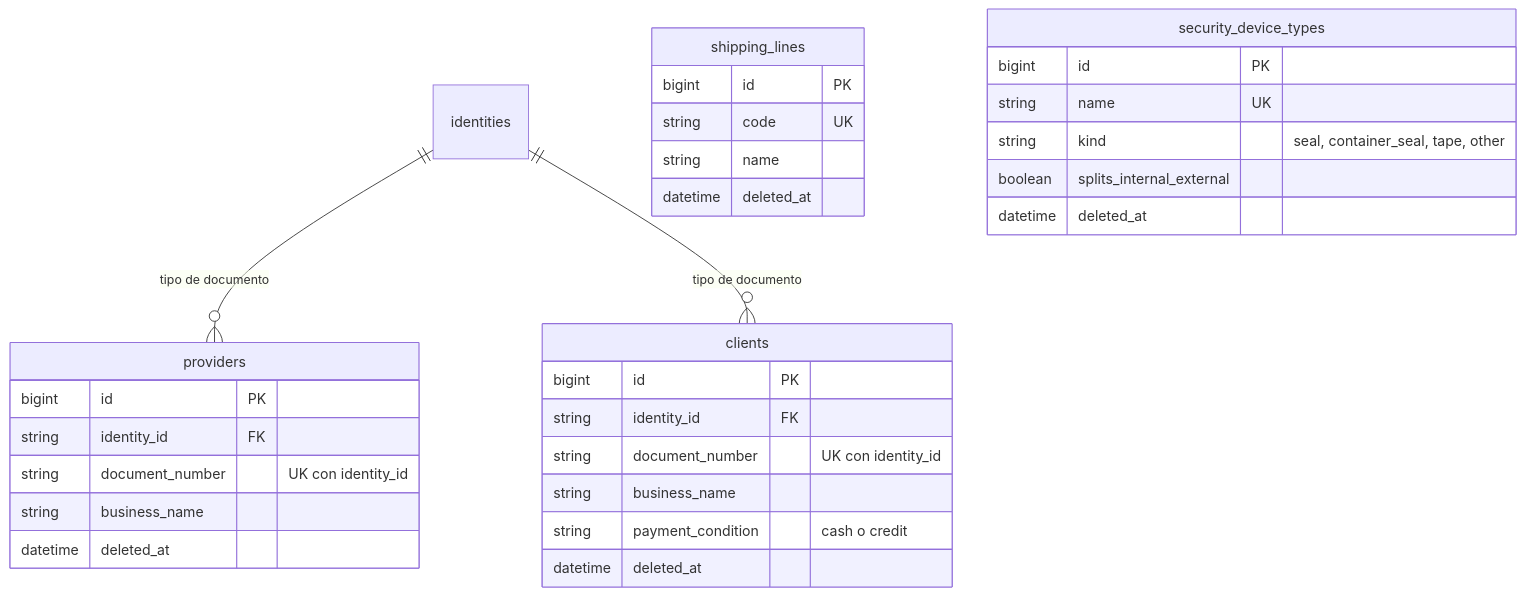
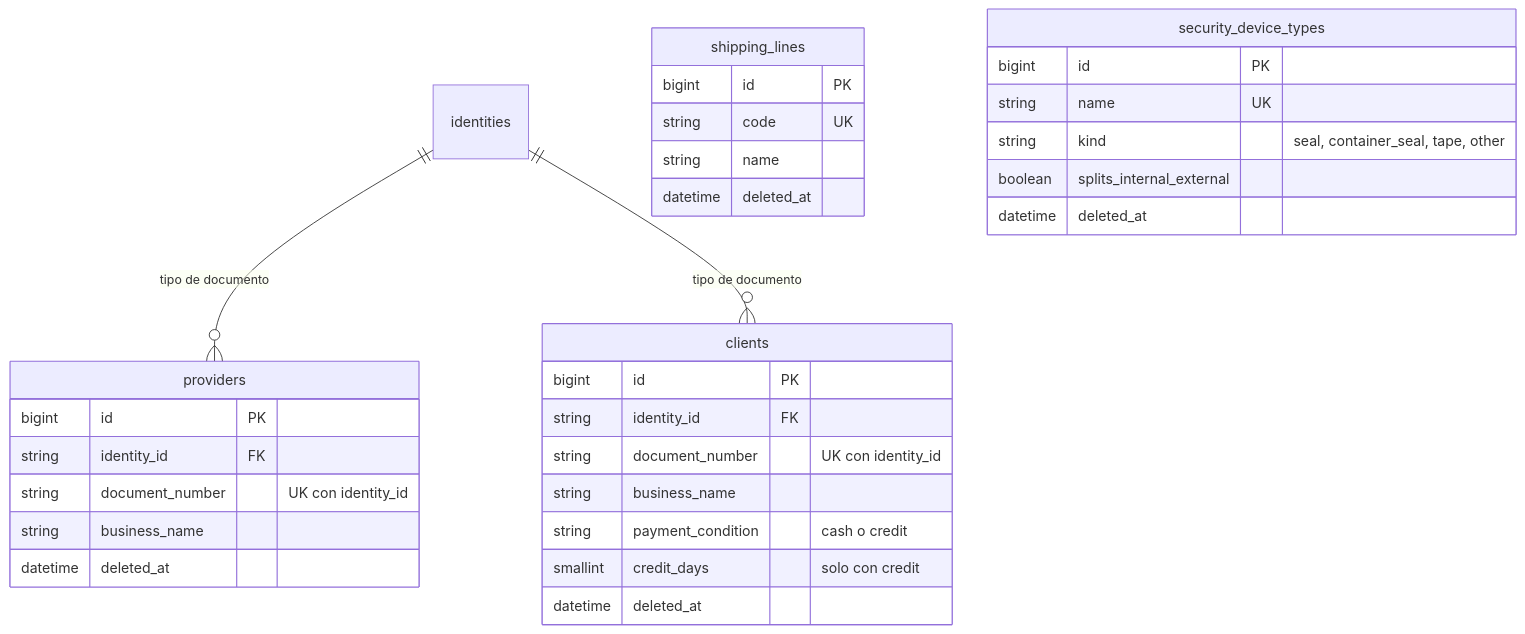
Before and after one commit to Cerati1998/SIGLA-TOS: the second of 10 diagrams in docs/database.md, drawn with Mermaid. The commit also changed other lines of this file and 9 other files, not shown here.

````diff
--- a/docs/database.md
+++ b/docs/database.md
@@ -119,34 +119,35 @@
 ```mermaid
 erDiagram
   identities ||--o{ providers : "tipo de documento"
   identities ||--o{ clients : "tipo de documento"
 
   shipping_lines {
     bigint id PK
     string code UK
     string name
     datetime deleted_at
   }
   providers {
     bigint id PK
     string identity_id FK
     string document_number "UK con identity_id"
     string business_name
     datetime deleted_at
   }
   clients {
     bigint id PK
     string identity_id FK
     string document_number "UK con identity_id"
     string business_name
     string payment_condition "cash o credit"
+    smallint credit_days "solo con credit"
     datetime deleted_at
   }
   security_device_types {
     bigint id PK
     string name UK
     string kind "seal, container_seal, tape, other"
     boolean splits_internal_external
     datetime deleted_at
   }
 ```
````
